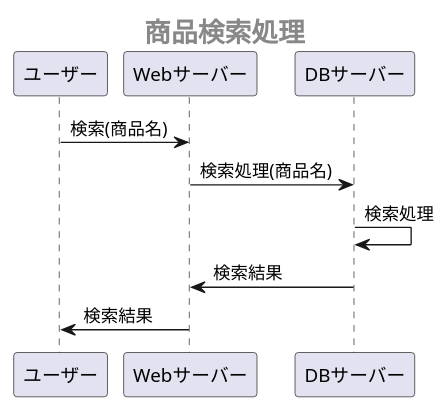
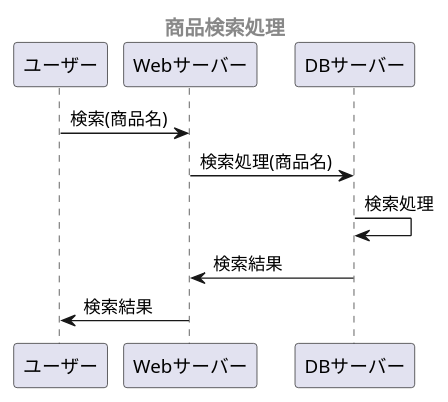
The fifth of 5 diagrams in システム開発/業務フロー/業務フロー.md (Aso2001163/2021sys-design-2), drawn with PlantUML before and after one commit. The commit also changed other lines of this file, not shown here.

````diff
--- a/システム開発/業務フロー/業務フロー.md
+++ b/システム開発/業務フロー/業務フロー.md
@@ -84,10 +97,10 @@
 ```uml
 @startuml
- center header <size:20><b>商品検索処理</b></size>
+ center header <size:15><b>商品検索処理</b></size>
  ユーザー -> Webサーバー : 検索(商品名)
  Webサーバー -> DBサーバー : 検索処理(商品名)
  DBサーバー -> DBサーバー : 検索処理
  DBサーバー -> Webサーバー : 検索結果
  Webサーバー -> ユーザー : 検索結果
 @enduml
 ```
````
